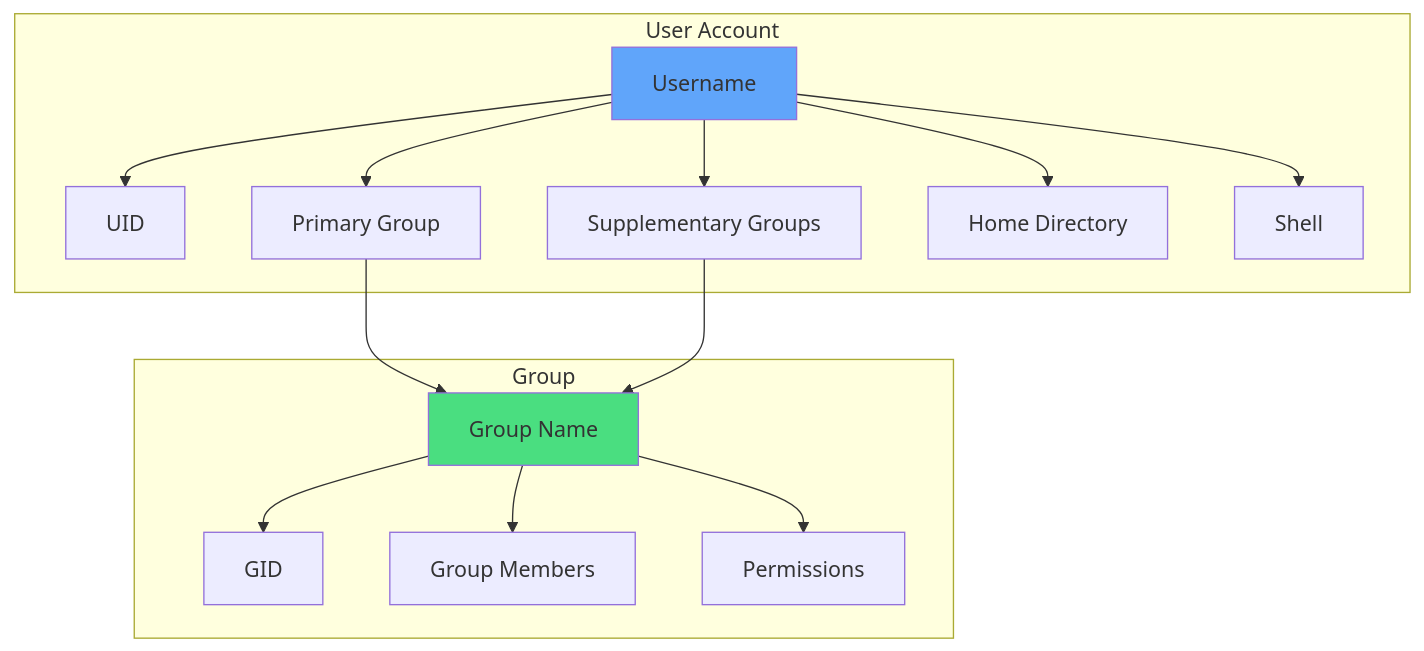
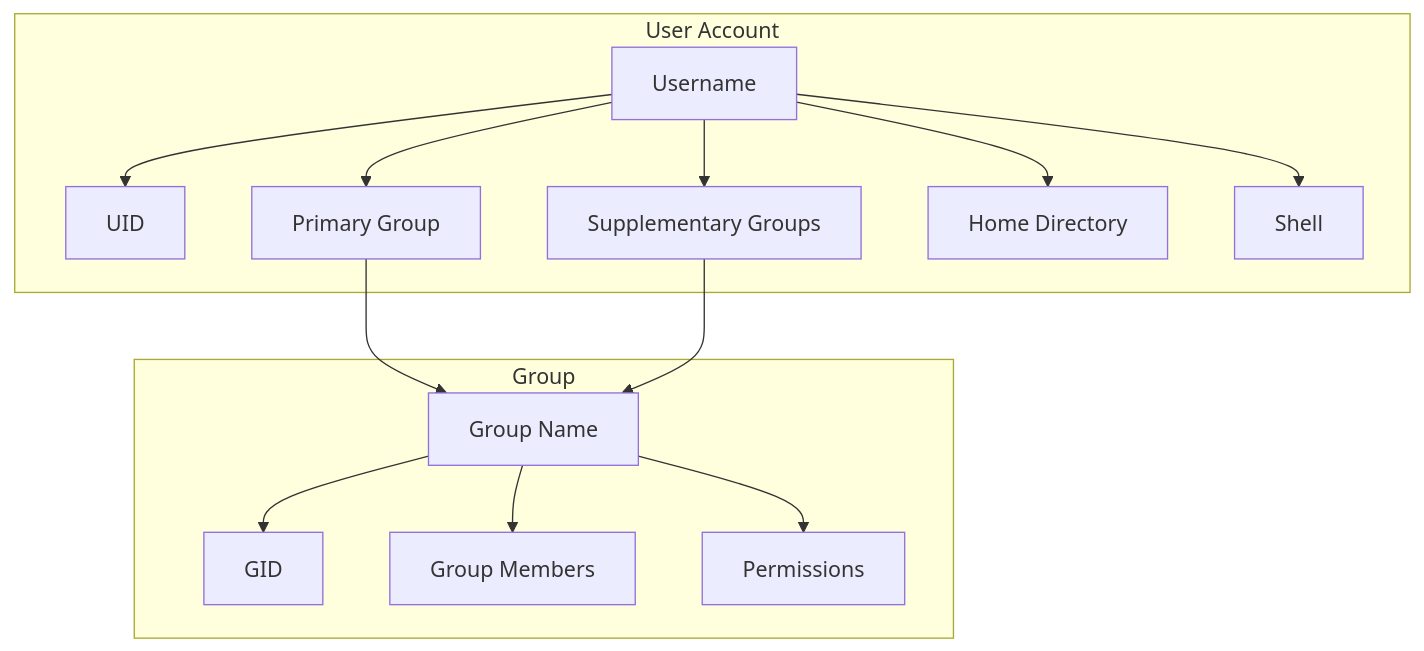
Before and after one commit to TechnoBureau/docs: the first of 3 diagrams in linux/linux_users_and_groups_management.mdx, drawn with Mermaid. The commit also changed other lines of this file and 5 other files, not shown here.

````diff
--- a/linux/linux_users_and_groups_management.mdx
+++ b/linux/linux_users_and_groups_management.mdx
@@ -23,22 +23,20 @@
 ```mermaid
 graph TB
     subgraph "User Account"
         A[Username] --> B[UID]
         A --> C[Primary Group]
         A --> D[Supplementary Groups]
         A --> E[Home Directory]
         A --> F[Shell]
     end
     
     subgraph "Group"
         G[Group Name] --> H[GID]
         G --> I[Group Members]
         G --> J[Permissions]
     end
     
     C --> G
     D --> G
     
-    style A fill:#60a5fa
-    style G fill:#4ade80
 ```
````
